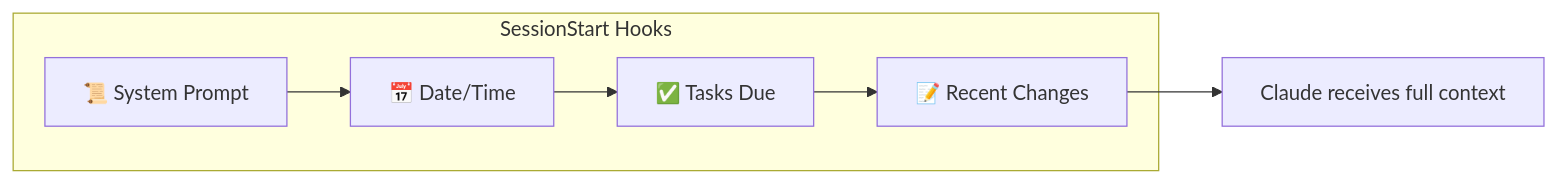
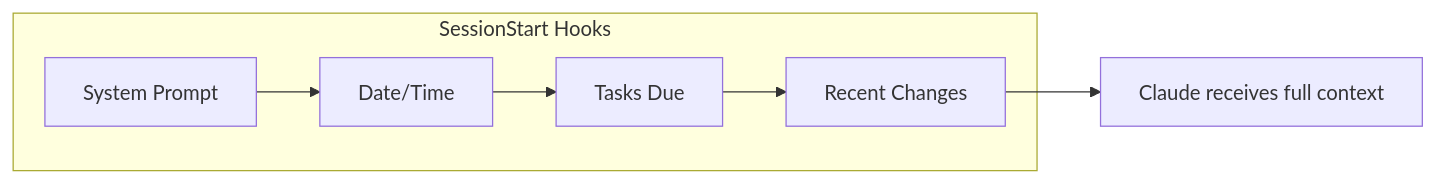
Before and after one commit to jamesmoon2/ATLAS-bot: the fourth of 6 diagrams in README.md, drawn with Mermaid. The commit also changed other lines of this file, not shown here.

First line of the commit message:
Fix Mermaid diagrams not rendering on GitHub

````diff
--- a/README.md
+++ b/README.md
@@ -164,10 +164,10 @@
 ```mermaid
 flowchart LR
     subgraph "SessionStart Hooks"
-        A[📜 System Prompt] --> B[📅 Date/Time]
-        B --> C[✅ Tasks Due]
-        C --> D[📝 Recent Changes]
+        A[System Prompt] --> B[Date/Time]
+        B --> C[Tasks Due]
+        C --> D[Recent Changes]
     end
 
     D --> E[Claude receives full context]
 ```
````
